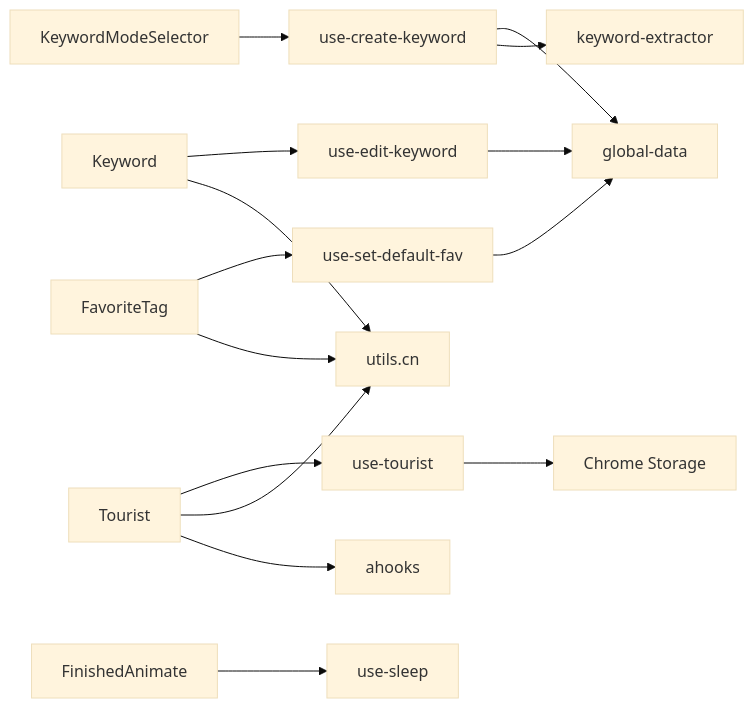
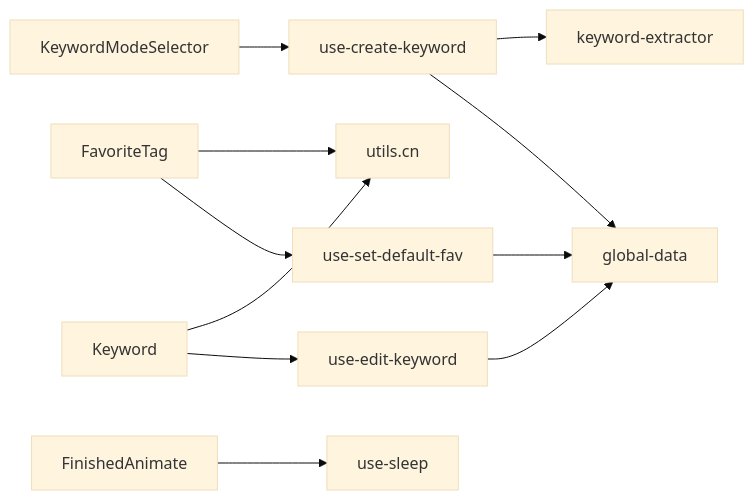
Before and after one commit to RadiumAg/bilibili-favorites: the sixth of 6 diagrams in .qoder/repowiki/zh/content/UI组件系统/专用组件.md, drawn with Mermaid (base theme). The commit also changed other lines of this file and 21 other files, not shown here.

````diff
--- a/.qoder/repowiki/zh/content/UI组件系统/专用组件.md
+++ b/.qoder/repowiki/zh/content/UI组件系统/专用组件.md
@@ -355,17 +279,13 @@
 ```mermaid
 graph LR
 KW["Keyword"] --> UEK["use-edit-keyword"]
 FT["FavoriteTag"] --> USDF["use-set-default-fav"]
 KMS["KeywordModeSelector"] --> UCK["use-create-keyword"]
-TR["Tourist"] --> UTR["use-tourist"]
 UEK --> GDT["global-data"]
 USDF --> GDT
 UCK --> GDT
 UCK --> KE["keyword-extractor"]
-UTR --> CSG["Chrome Storage"]
-TR --> UTIL["utils.cn"]
-TR --> AH["ahooks"]
-KW --> UTIL
+KW --> UTIL["utils.cn"]
 FT --> UTIL
 FA["FinishedAnimate"] --> USLP["use-sleep"]
 ```
````
